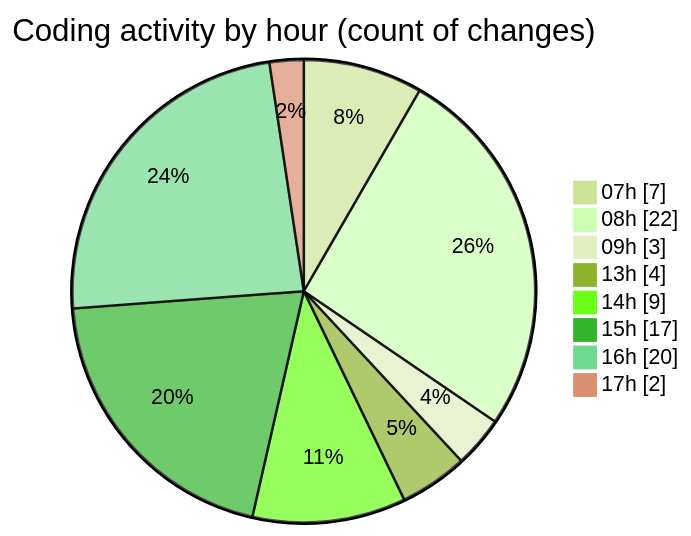
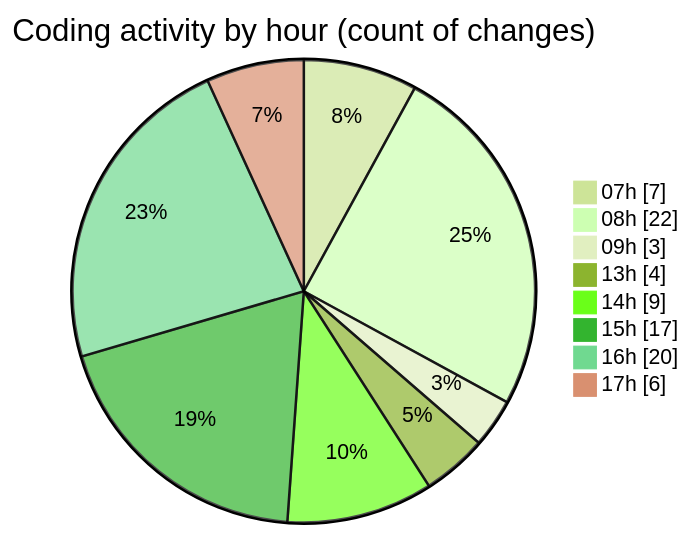
Before and after one commit to Elitesun/code-tracking: the second of 2 diagrams in 2025-05-04/niten/README.md, drawn with Mermaid (forest theme). The commit also changed other lines of this file and 1 other file, not shown here.

````diff
--- a/2025-05-04/niten/README.md
+++ b/2025-05-04/niten/README.md
@@ -53,12 +54,12 @@
 ```mermaid
 pie showData
 title Coding activity by hour (count of changes)
 "07h" : 7
 "08h" : 22
 "09h" : 3
 "13h" : 4
 "14h" : 9
 "15h" : 17
 "16h" : 20
-"17h" : 2
+"17h" : 6
 ```
````
